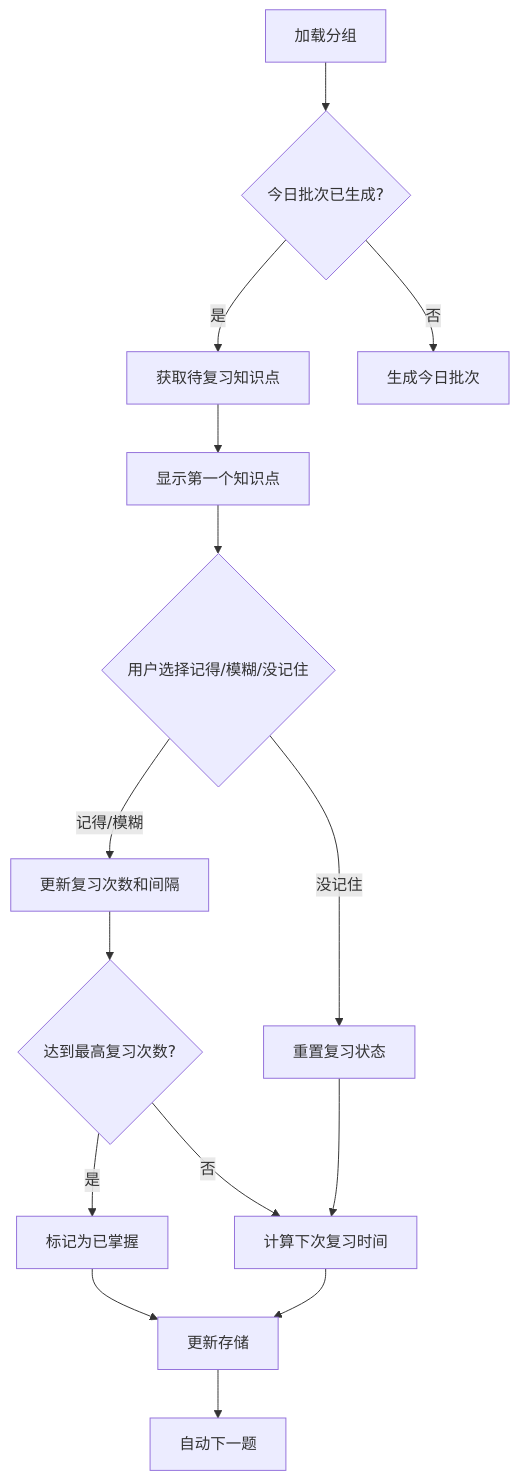
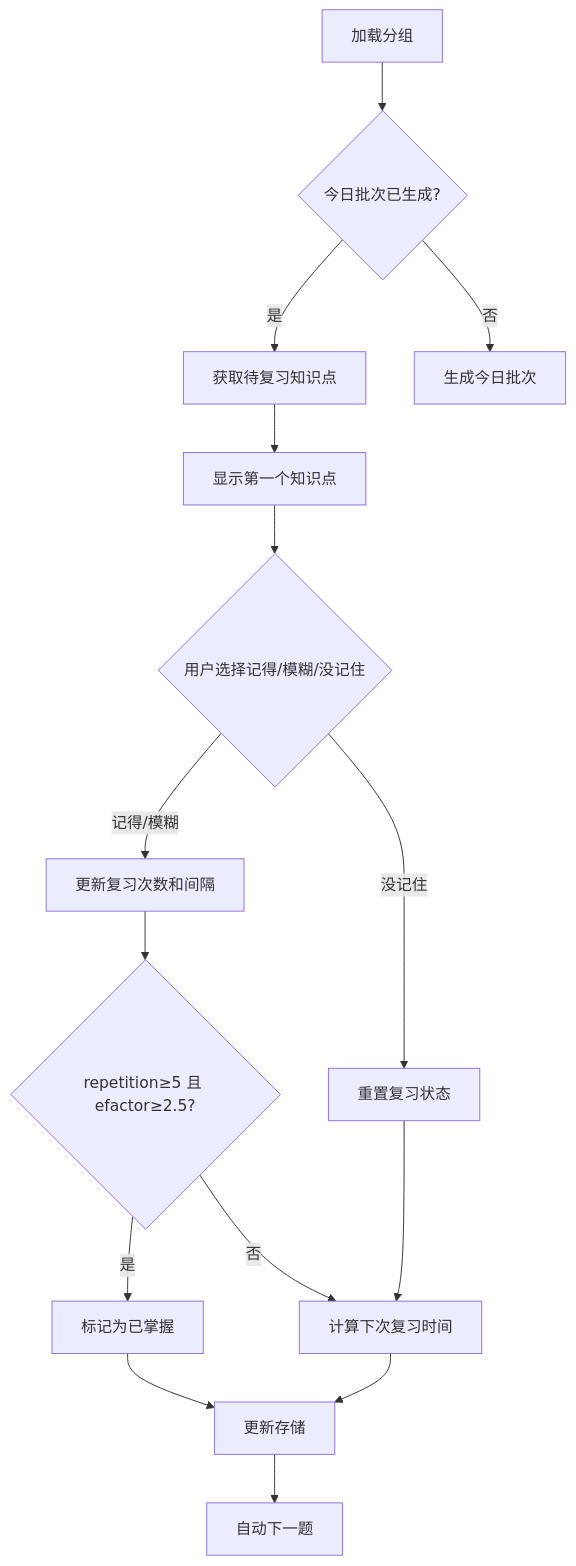
Before and after one commit to ziwend/ReviewMaster: the second of 3 diagrams in README.md, drawn with Mermaid. The commit also changed other lines of this file and 22 other files, not shown here.

````diff
--- a/README.md
+++ b/README.md
@@ -89,17 +119,17 @@
 ```mermaid
 graph TD
     A[加载分组] --> B{今日批次已生成?}
     B -->|是| C[获取待复习知识点]
     B -->|否| D[生成今日批次]
     C --> E[显示第一个知识点]
     E --> F{用户选择记得/模糊/没记住}
     F -->|记得/模糊| G[更新复习次数和间隔]
     F -->|没记住| H[重置复习状态]
-    G --> I{达到最高复习次数?}
+    G --> I{repetition≥5 且 efactor≥2.5?}
     I -->|是| J[标记为已掌握]
     I -->|否| K[计算下次复习时间]
     H --> K
     J --> L[更新存储]
     K --> L
     L --> M[自动下一题]
 ```
````
